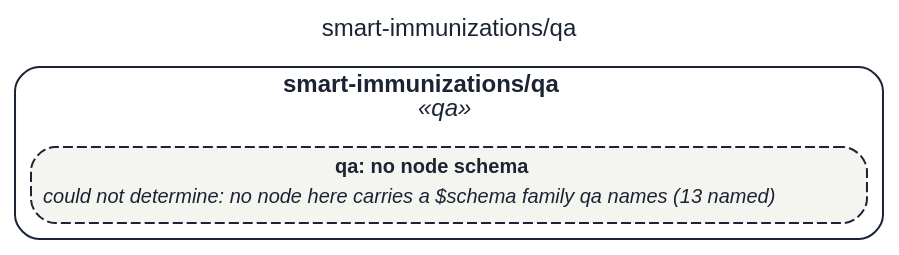
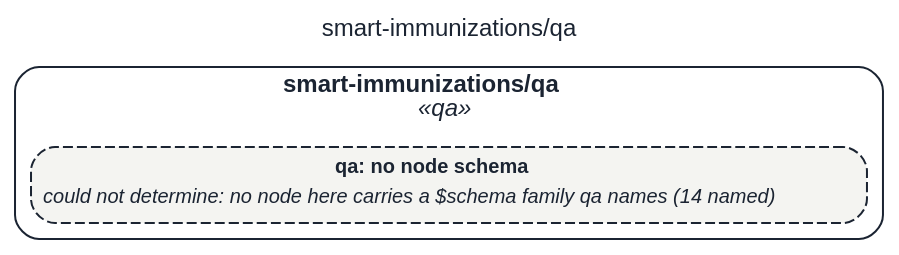
The diagram in assets/img/uml/overview/smart-immunizations/qa.dot (litlfred/smart-ra), drawn with Graphviz before and after one commit. The commit also changed 5992 other files, not shown here.

```diff
--- a/assets/img/uml/overview/smart-immunizations/qa.dot
+++ b/assets/img/uml/overview/smart-immunizations/qa.dot
@@ -1,11 +1,11 @@
 // GENERATED by cat-harness-tools/scripts/gen-uml-overview.ts — do not edit.
 // Rendered page (interactive view, same model): https://litlfred.github.io/folio-assistant/uml/overview/smart-immunizations/qa.html
 digraph "smart_immunizations_qa" {
   graph [label="smart-immunizations/qa", labelloc=t, fontname="Helvetica", fontsize=12, fontcolor="#1b2432", newrank=true, ratio=auto, nodesep=0.3, ranksep=0.5, bgcolor="transparent"];
   node [shape=box, style="rounded,filled", margin=0.05, fontname="Helvetica", fontsize=10, color="#1b2432", fontcolor="#1b2432"];
   edge [color="#1b2432", fontcolor="#1b2432", fontname="Helvetica", fontsize=9];
   subgraph "cluster_pkg_smart_immunizations_qa" {
     label=<<b>smart-immunizations/qa</b><br/><i>«qa»</i>>; style="rounded"; color="#1b2432"; class="fa_uml_subgraph";
-    "n_smart_immunizations_qa_qa" [style="rounded,filled,dashed", fillcolor="#f4f4f1", class="fa_uml_kind_qa fa_uml_undetermined", label=<<table border="0" cellborder="0" cellspacing="0" cellpadding="2"><tr><td><b>qa: no node schema</b></td></tr><tr><td align="left"><i>could not determine: no node here carries a $schema family qa names (13 named)</i></td></tr></table>>];
+    "n_smart_immunizations_qa_qa" [style="rounded,filled,dashed", fillcolor="#f4f4f1", class="fa_uml_kind_qa fa_uml_undetermined", label=<<table border="0" cellborder="0" cellspacing="0" cellpadding="2"><tr><td><b>qa: no node schema</b></td></tr><tr><td align="left"><i>could not determine: no node here carries a $schema family qa names (14 named)</i></td></tr></table>>];
   }
 }
```
